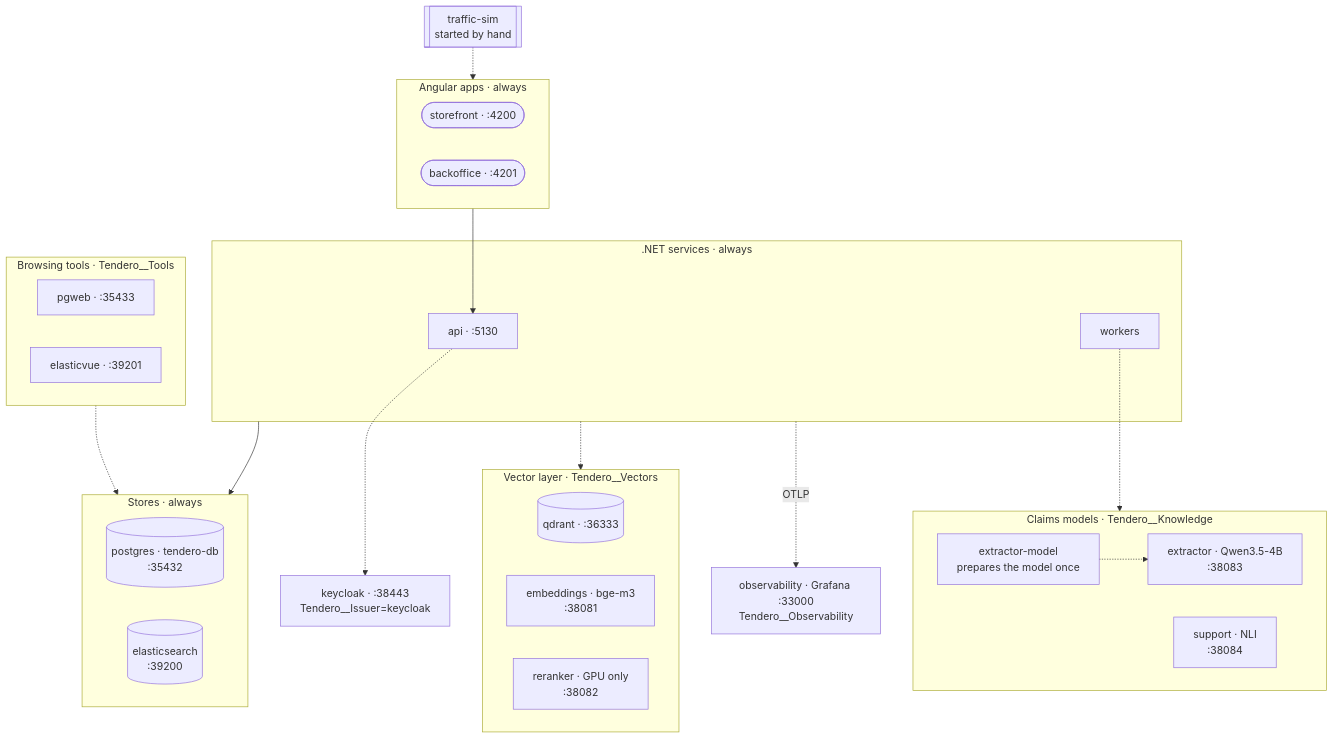
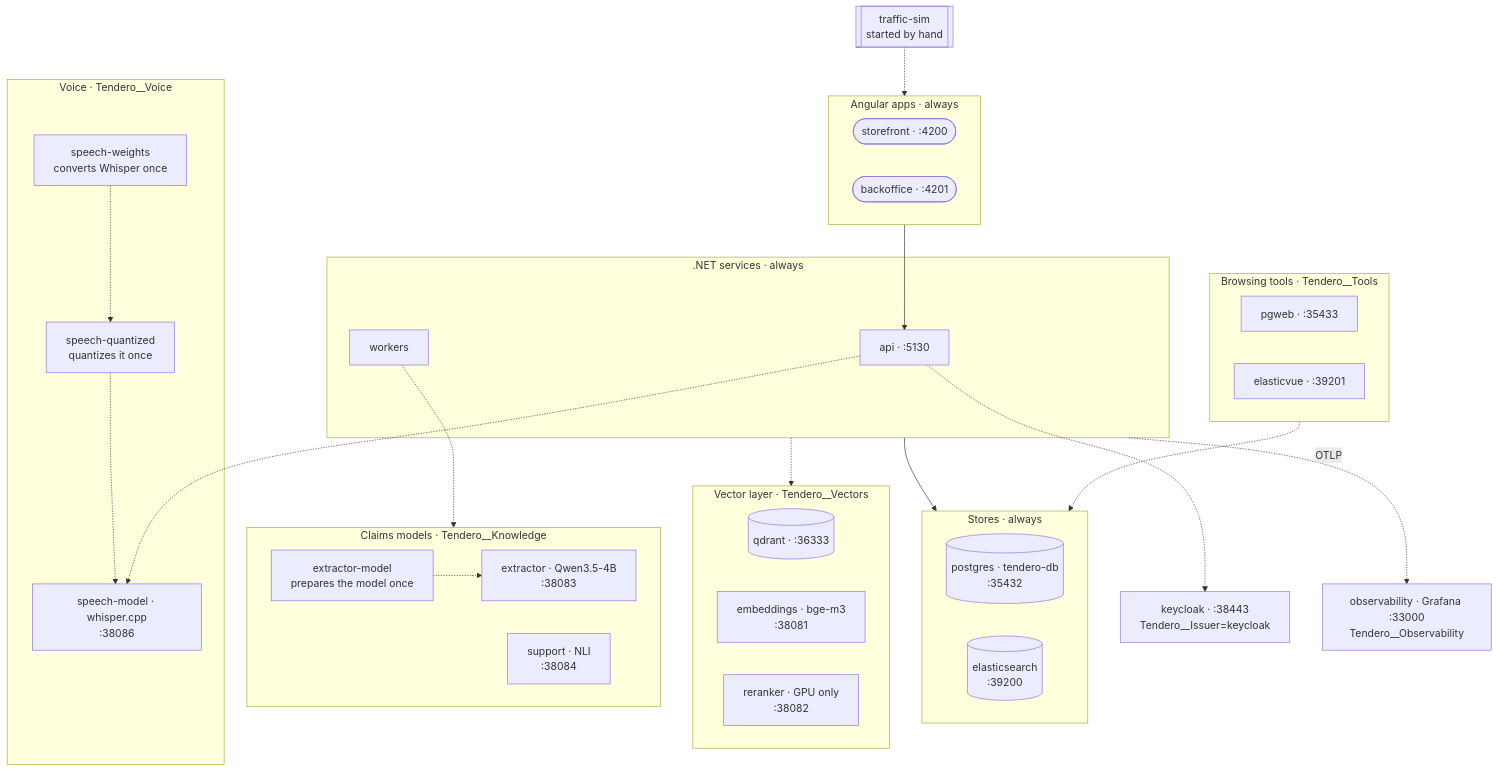
Before and after one commit to juanluelguerre/tendero: the third of 4 diagrams in README.md, drawn with Mermaid. The commit also changed other lines of this file and 14 other files, not shown here.

````diff
--- a/README.md
+++ b/README.md
@@ -435,49 +498,57 @@
 ```mermaid
 flowchart TB
     trafficSim[["traffic-sim<br/>started by hand"]]
 
     subgraph apps ["Angular apps · always"]
         storefront(["storefront · :4200"])
         backoffice(["backoffice · :4201"])
     end
 
     subgraph services [".NET services · always"]
         api["api · :5130"]
         workers["workers"]
     end
 
     subgraph stores ["Stores · always"]
         postgres[("postgres · tendero-db<br/>:35432")]
         elasticsearch[("elasticsearch<br/>:39200")]
     end
 
     subgraph vectors ["Vector layer · Tendero__Vectors"]
         qdrant[("qdrant · :36333")]
         embeddings["embeddings · bge-m3<br/>:38081"]
         reranker["reranker · GPU only<br/>:38082"]
     end
 
     subgraph knowledge ["Claims models · Tendero__Knowledge"]
         extractorModel["extractor-model<br/>prepares the model once"]
         extractor["extractor · Qwen3.5-4B<br/>:38083"]
         support["support · NLI<br/>:38084"]
     end
 
+    subgraph voice ["Voice · Tendero__Voice"]
+        speechWeights["speech-weights<br/>converts Whisper once"]
+        speechQuantized["speech-quantized<br/>quantizes it once"]
+        speechModel["speech-model · whisper.cpp<br/>:38086"]
+    end
+
     subgraph tools ["Browsing tools · Tendero__Tools"]
         pgweb["pgweb · :35433"]
         elasticvue["elasticvue · :39201"]
     end
 
     keycloak["keycloak · :38443<br/>Tendero__Issuer=keycloak"]
     observability["observability · Grafana :33000<br/>Tendero__Observability"]
 
     trafficSim -.-> apps
     apps --> api
     services --> stores
     services -.-> vectors
     workers -.-> knowledge
     extractorModel -.-> extractor
+    speechWeights -.-> speechQuantized -.-> speechModel
+    api -.-> speechModel
     api -.-> keycloak
     services -.->|OTLP| observability
     tools -.-> stores
 ```
````
